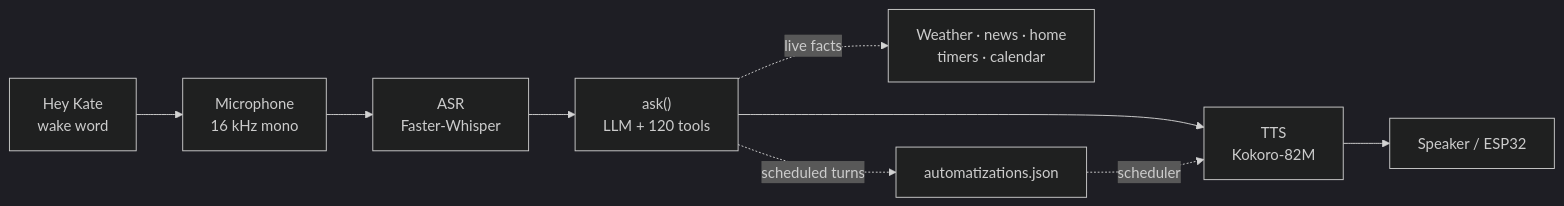
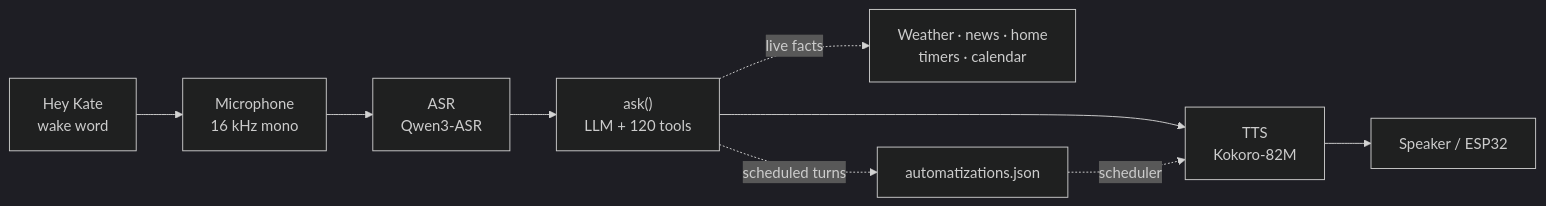
One commit to conzola/kate changed the first of 2 diagrams in README.md. Above: the diagram before and after it, drawn with Mermaid (dark theme). The commit also changed other lines of this file and 1 other file, not shown here.

Commit message:
Went back to Qwen3-ASR

````diff
--- a/README.md
+++ b/README.md
@@ -85,11 +85,11 @@
 ```mermaid
 flowchart LR
     W["Hey Kate<br/>wake word"] --> M["Microphone<br/>16 kHz mono"]
-    M --> A["ASR<br/>Faster-Whisper"]
+    M --> A["ASR<br/>Qwen3-ASR"]
     A --> L["ask()<br/>LLM + 120 tools"]
     L --> T["TTS<br/>Kokoro-82M"]
     T --> S["Speaker / ESP32"]
     L -. "live facts" .-> X["Weather · news · home<br/>timers · calendar"]
     L -. "scheduled turns" .-> B["automatizations.json"]
     B -. "scheduler" .-> T
 ```
````
